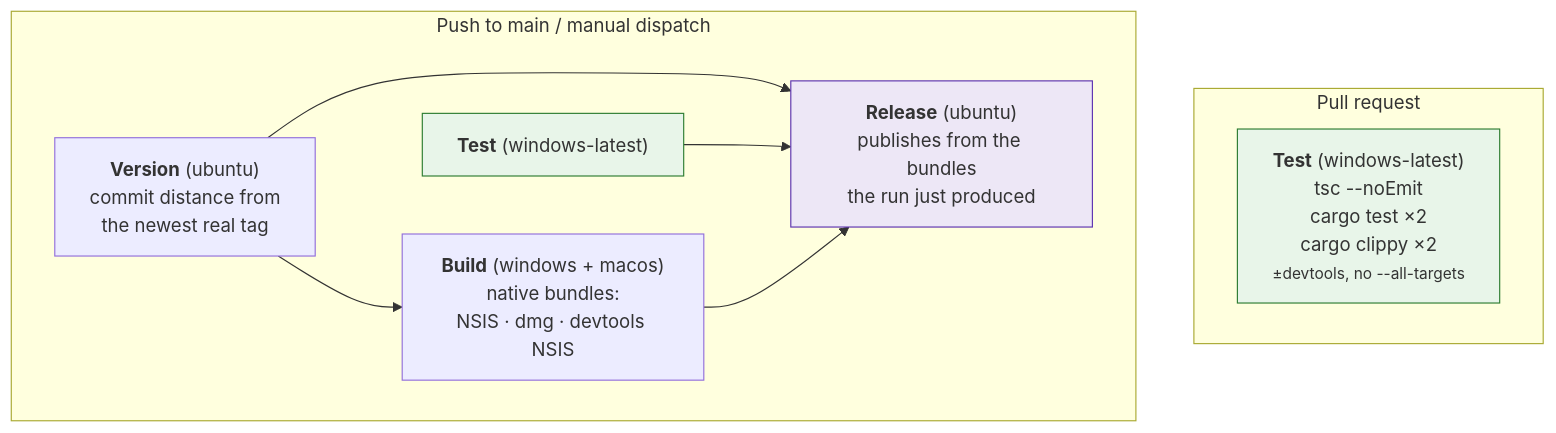
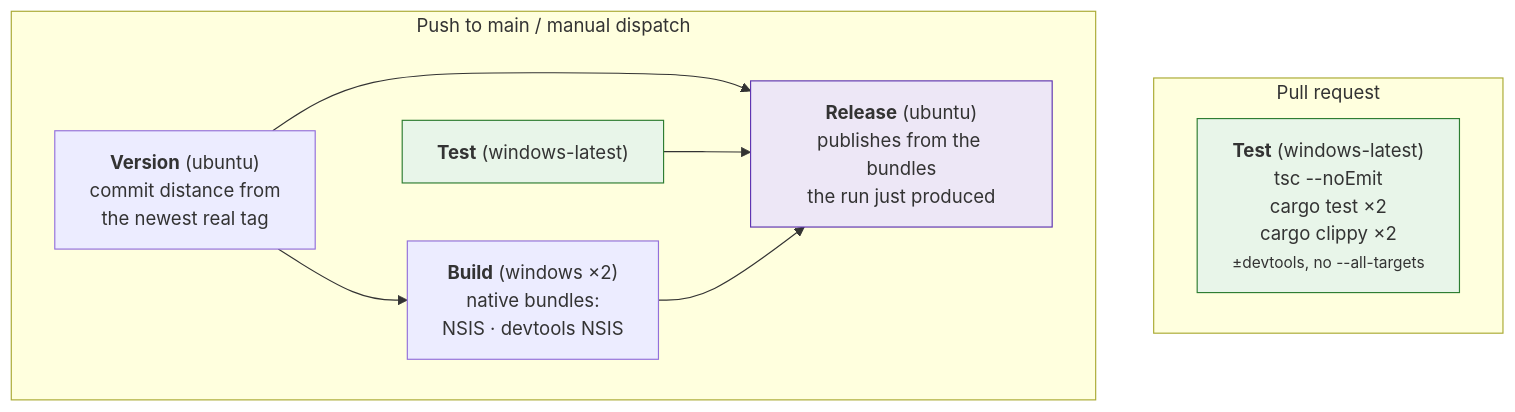
One commit to NinjaGoldfinch/ninja-recorder changed the first of 3 diagrams in docs/ci-and-releases.md. Above: the diagram before and after it, drawn with Mermaid. The commit also changed other lines of this file and 9 other files, not shown here.

````diff
--- a/docs/ci-and-releases.md
+++ b/docs/ci-and-releases.md
@@ -14,19 +14,19 @@
 ```mermaid
 flowchart TB
     subgraph PR["Pull request"]
         T1["<b>Test</b> (windows-latest)<br/>tsc --noEmit<br/>cargo test ×2<br/>cargo clippy ×2<br/><small>±devtools, no --all-targets</small>"]
     end
     subgraph MAIN["Push to main / manual dispatch"]
         T["<b>Test</b> (windows-latest)"]
         V["<b>Version</b> (ubuntu)<br/>commit distance from<br/>the newest real tag"]
-        B["<b>Build</b> (windows + macos)<br/>native bundles:<br/>NSIS · dmg · devtools NSIS"]
+        B["<b>Build</b> (windows ×2)<br/>native bundles:<br/>NSIS · devtools NSIS"]
         R["<b>Release</b> (ubuntu)<br/>publishes from the bundles<br/>the run just produced"]
         V --> B
         V --> R
         T --> R
         B --> R
     end
     style T1 fill:#e8f5e9,stroke:#2e7d32
     style T fill:#e8f5e9,stroke:#2e7d32
     style R fill:#ede7f6,stroke:#5e35b1
 ```
````
